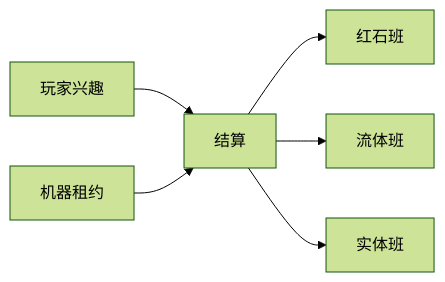
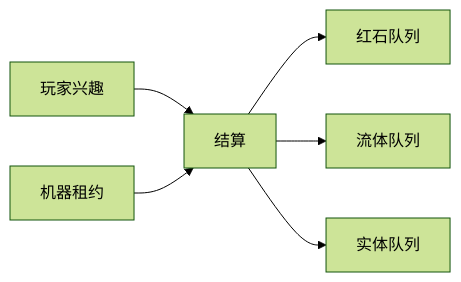
Before and after one commit to Dreamtowards/Thinking-In-Minecraft: the diagram in docs/rewrite/(part2)/scheduler.mdx, drawn with Mermaid (forest theme). The commit also changed other lines of this file and 7 other files, not shown here.

````diff
--- a/docs/rewrite/(part2)/scheduler.mdx
+++ b/docs/rewrite/(part2)/scheduler.mdx
@@ -54,8 +54,8 @@
 ```mermaid
 flowchart LR
   I["玩家兴趣"] --> S["结算"]
   L["机器租约"] --> S
-  S --> R["红石班"]
-  S --> F["流体班"]
-  S --> E["实体班"]
+  S --> R["红石队列"]
+  S --> F["流体队列"]
+  S --> E["实体队列"]
 ```
````
